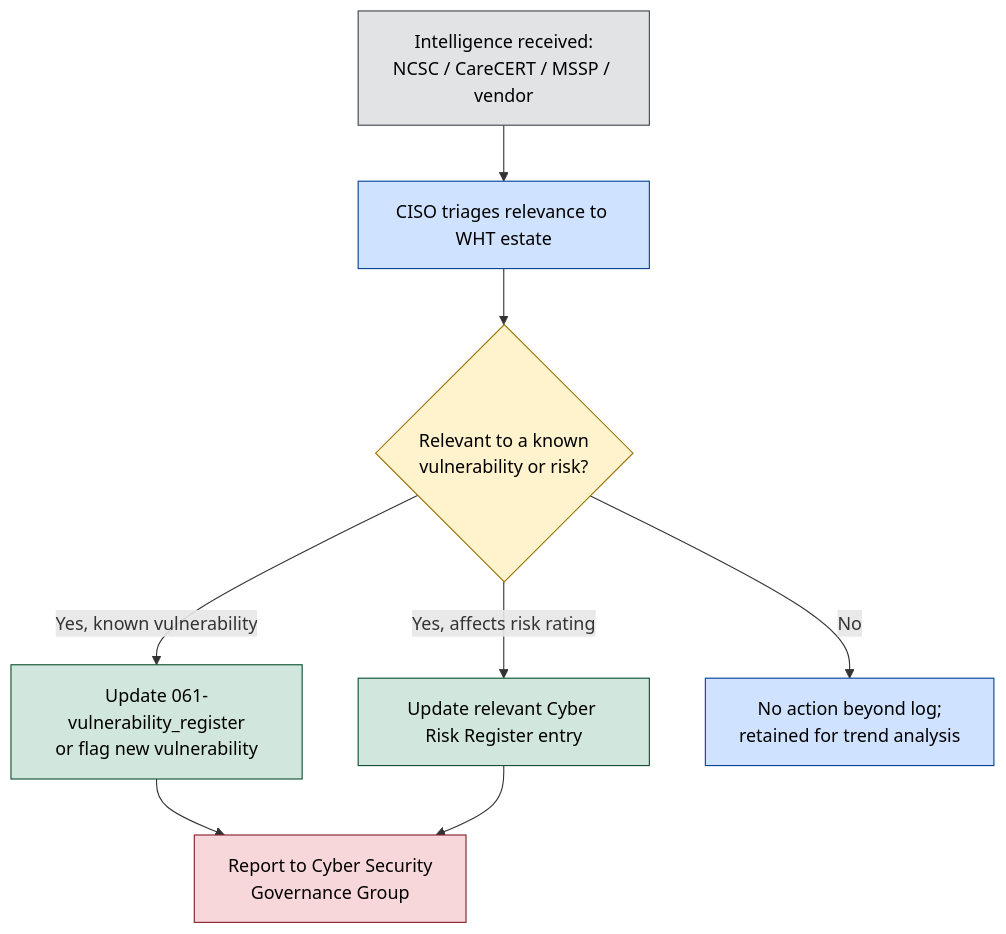
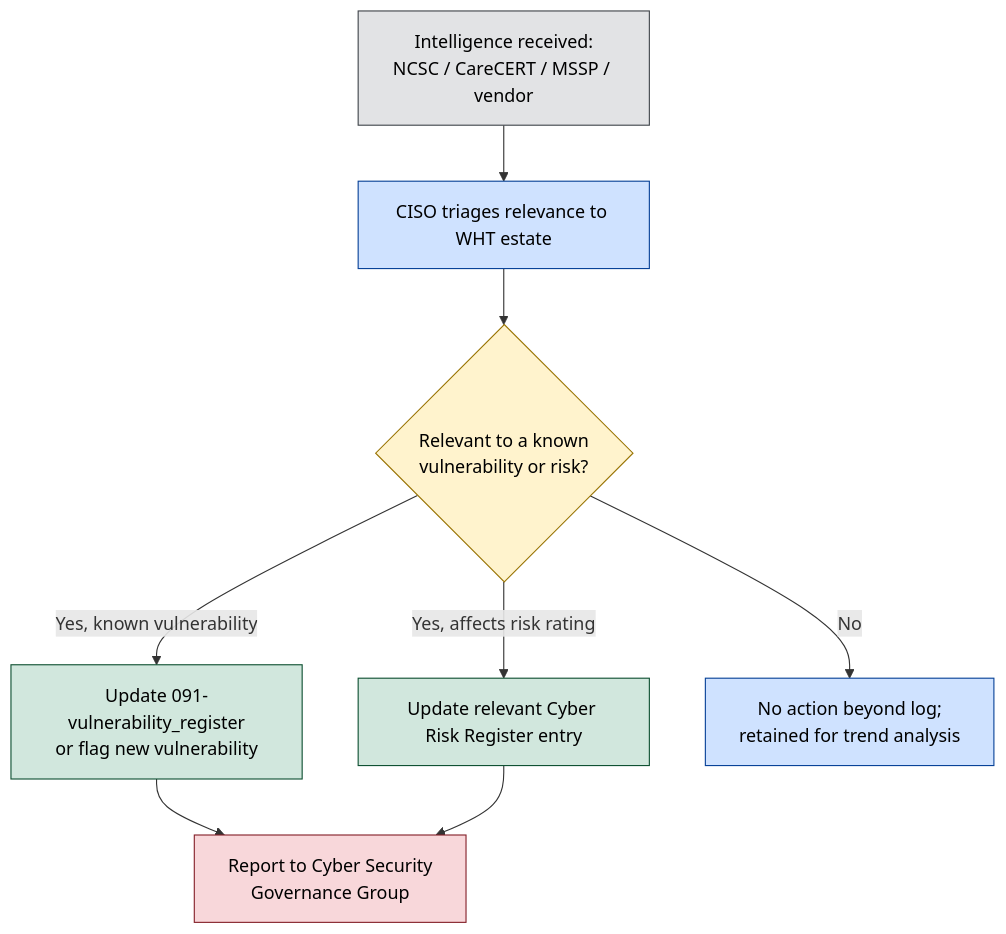
One commit to Purplewells/healthcare-grc-programme changed the diagram in 09-Security-Operations/094-threat_intelligence.md. Above: the diagram before and after it, drawn with Mermaid. The commit also changed other lines of this file and 16 other files, not shown here.

````diff
--- a/09-Security-Operations/094-threat_intelligence.md
+++ b/09-Security-Operations/094-threat_intelligence.md
@@ -49,29 +49,29 @@
 ```mermaid
 flowchart TD
 
     %% ==========================================================
     %% Threat Intelligence Dissemination - Project SentinelCare
     %% ==========================================================
 
     A[Intelligence received:<br/>NCSC / CareCERT / MSSP / vendor]:::entry
     B[CISO triages relevance to WHT estate]:::phase
     C{Relevant to a known<br/>vulnerability or risk?}:::decision
-    D[Update 061-vulnerability_register<br/>or flag new vulnerability]:::output
+    D[Update 091-vulnerability_register<br/>or flag new vulnerability]:::output
     E[Update relevant Cyber Risk Register entry]:::output
     F[No action beyond log;<br/>retained for trend analysis]:::phase
     G[Report to Cyber Security<br/>Governance Group]:::escalation
 
     A --> B
     B --> C
     C -- Yes, known vulnerability --> D
     C -- Yes, affects risk rating --> E
     C -- No --> F
     D --> G
     E --> G
 
     classDef entry fill:#e2e3e5,stroke:#41464b,color:#000
     classDef phase fill:#cfe2ff,stroke:#084298,color:#000
     classDef decision fill:#fff3cd,stroke:#997404,color:#000
     classDef escalation fill:#f8d7da,stroke:#842029,color:#000
     classDef output fill:#d1e7dd,stroke:#0f5132,color:#000
 ```
````
